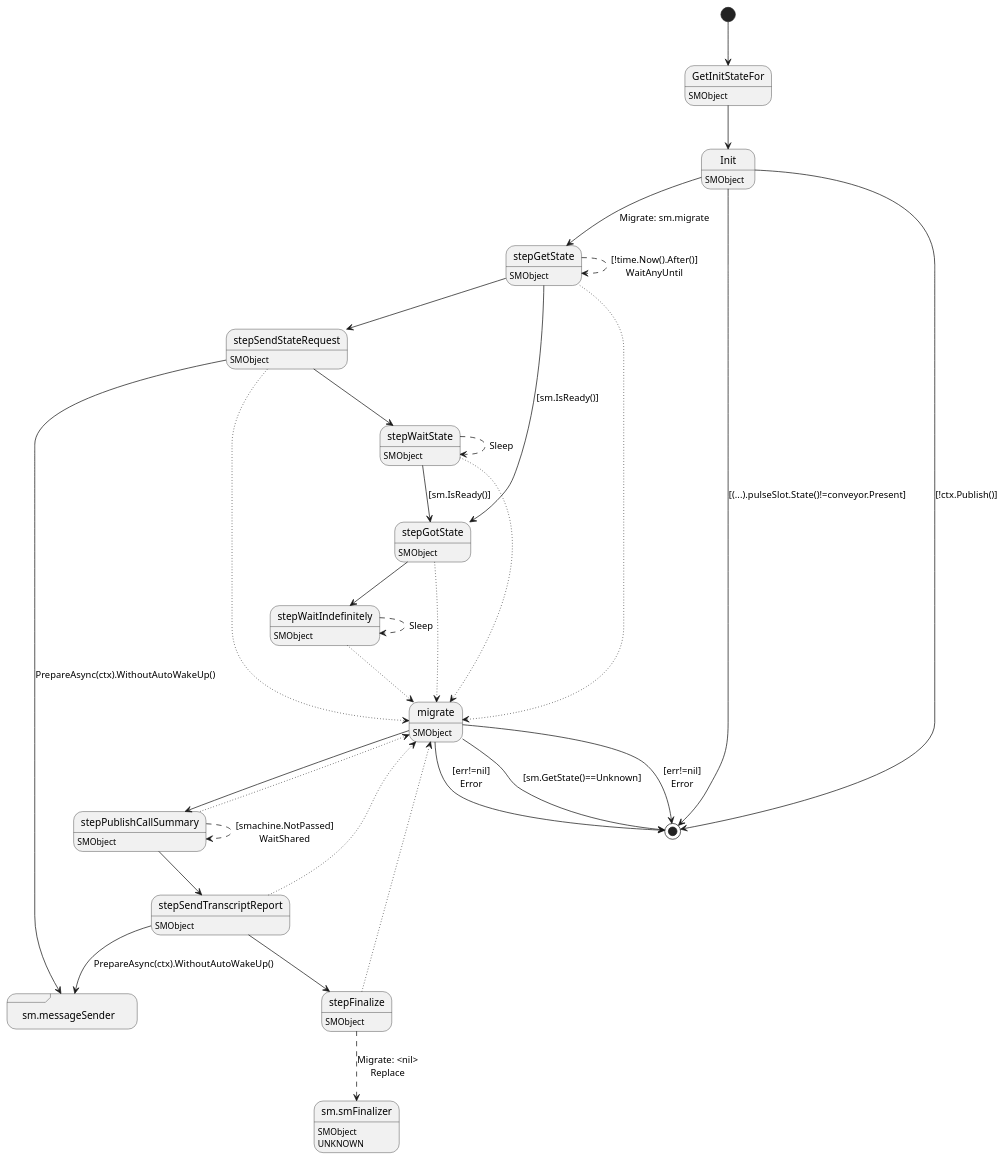
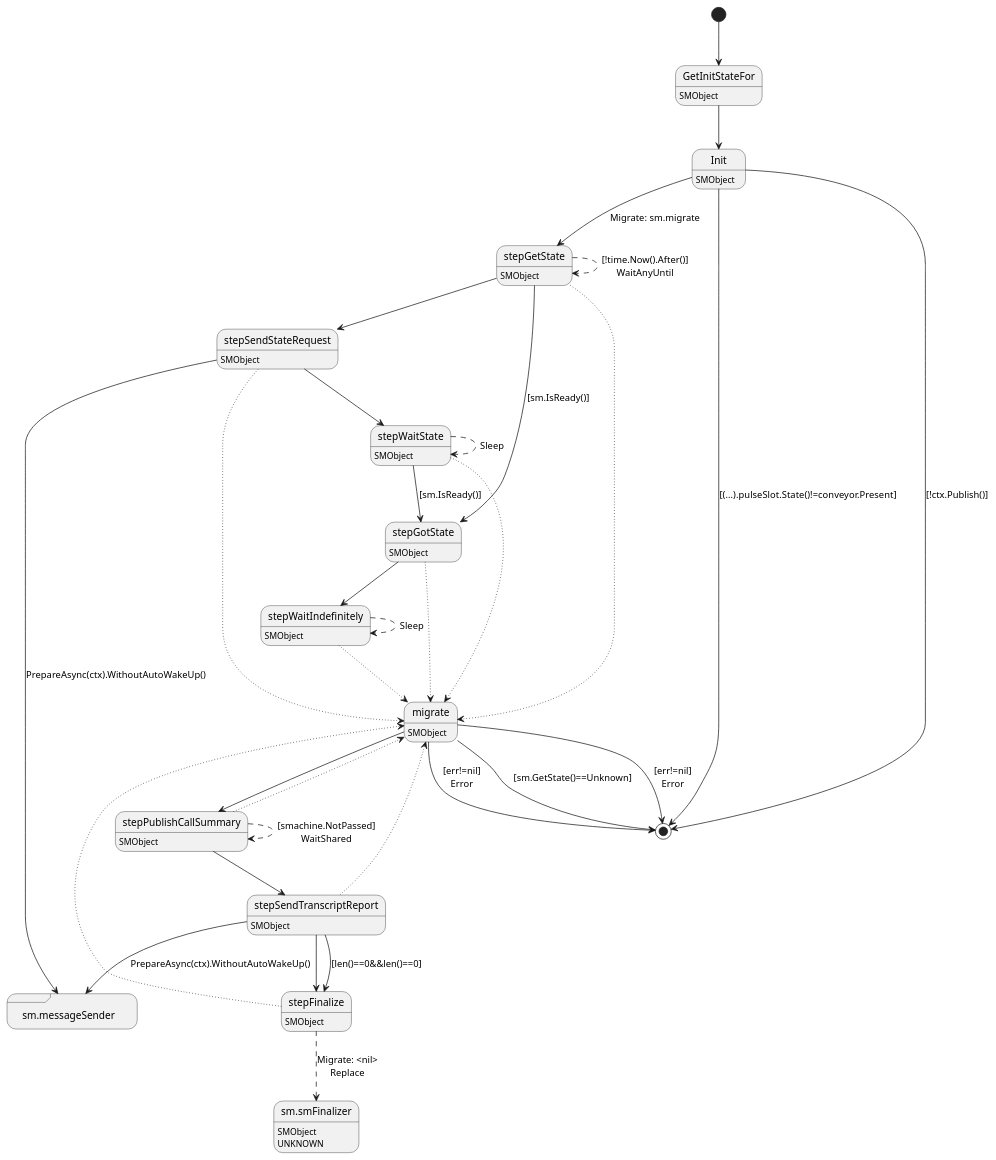
The diagram in ledger-core/virtual/object/object.plantuml (insolar/assured-ledger), drawn with PlantUML before and after one commit. The commit also changed 8 other files, not shown here.

```diff
--- a/ledger-core/virtual/object/object.plantuml
+++ b/ledger-core/virtual/object/object.plantuml
@@ -1,60 +1,61 @@
 @startuml
 state "GetInitStateFor" as T00_S001
 T00_S001 : SMObject
 [*] --> T00_S001
 T00_S001 --> T00_S002
 state "Init" as T00_S002
 T00_S002 : SMObject
 T00_S002 --> [*] : [(...).pulseSlot.State()!=conveyor.Present]
 T00_S002 --> [*] : [!ctx.Publish()]
 T00_S002 --> T00_S005 : Migrate: sm.migrate
 state "migrate" as T00_S009
 T00_S009 : SMObject
 T00_S009 --> [*] : [sm.GetState()==Unknown]
 T00_S009 --> [*] : [err!=nil]\nError
 T00_S009 --> [*] : [err!=nil]\nError
 T00_S009 --> T00_S010
 state "sm.messageSender" as T00_S004 <<sdlreceive>>
 T00_S004 : DUPLICATE
 state "stepFinalize" as T00_S012
 T00_S012 : SMObject
 T00_S012 --[dotted]> T00_S009
 state "sm.smFinalizer" as T00_U001
 T00_U001 : SMObject
 T00_U001 : UNKNOWN 
 T00_S012 --[dashed]> T00_U001 : Migrate: <nil>\nReplace
 state "stepGetState" as T00_S005
 T00_S005 : SMObject
 T00_S005 --[dotted]> T00_S009
 T00_S005 --> T00_S007 : [sm.IsReady()]
 T00_S005 --[dashed]> T00_S005 : [!time.Now().After()]\nWaitAnyUntil
 T00_S005 --> T00_S003
 state "stepGotState" as T00_S007
 T00_S007 : SMObject
 T00_S007 --[dotted]> T00_S009
 T00_S007 --> T00_S008
 state "stepPublishCallSummary" as T00_S010
 T00_S010 : SMObject
 T00_S010 --[dotted]> T00_S009
 T00_S010 --[dashed]> T00_S010 : [smachine.NotPassed]\nWaitShared
 T00_S010 --> T00_S011
 state "stepSendStateRequest" as T00_S003
 T00_S003 : SMObject
 T00_S003 --[dotted]> T00_S009
 T00_S003 --> T00_S004 : PrepareAsync(ctx).WithoutAutoWakeUp()
 T00_S003 --> T00_S006
 state "stepSendTranscriptReport" as T00_S011
 T00_S011 : SMObject
 T00_S011 --[dotted]> T00_S009
+T00_S011 --> T00_S012 : [len()==0&&len()==0]
 T00_S011 --> T00_S004 : PrepareAsync(ctx).WithoutAutoWakeUp()
 T00_S011 --> T00_S012
 state "stepWaitIndefinitely" as T00_S008
 T00_S008 : SMObject
 T00_S008 --[dotted]> T00_S009
 T00_S008 --[dashed]> T00_S008 : Sleep
 state "stepWaitState" as T00_S006
 T00_S006 : SMObject
 T00_S006 --[dotted]> T00_S009
 T00_S006 --> T00_S007 : [sm.IsReady()]
 T00_S006 --[dashed]> T00_S006 : Sleep
 @enduml
```
